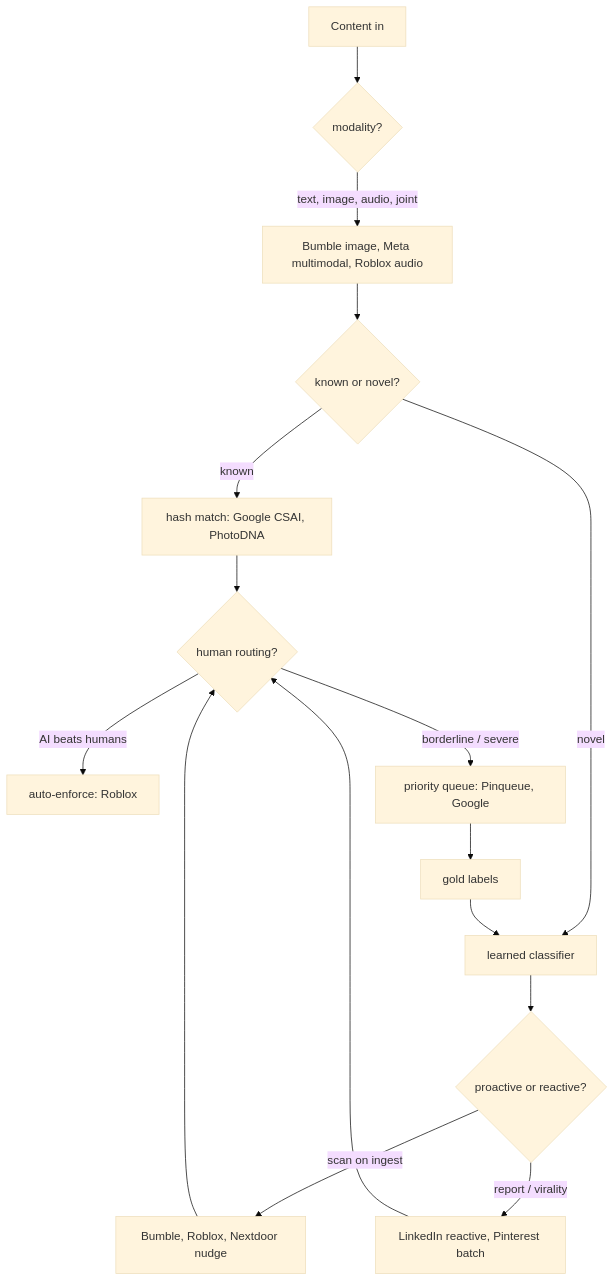
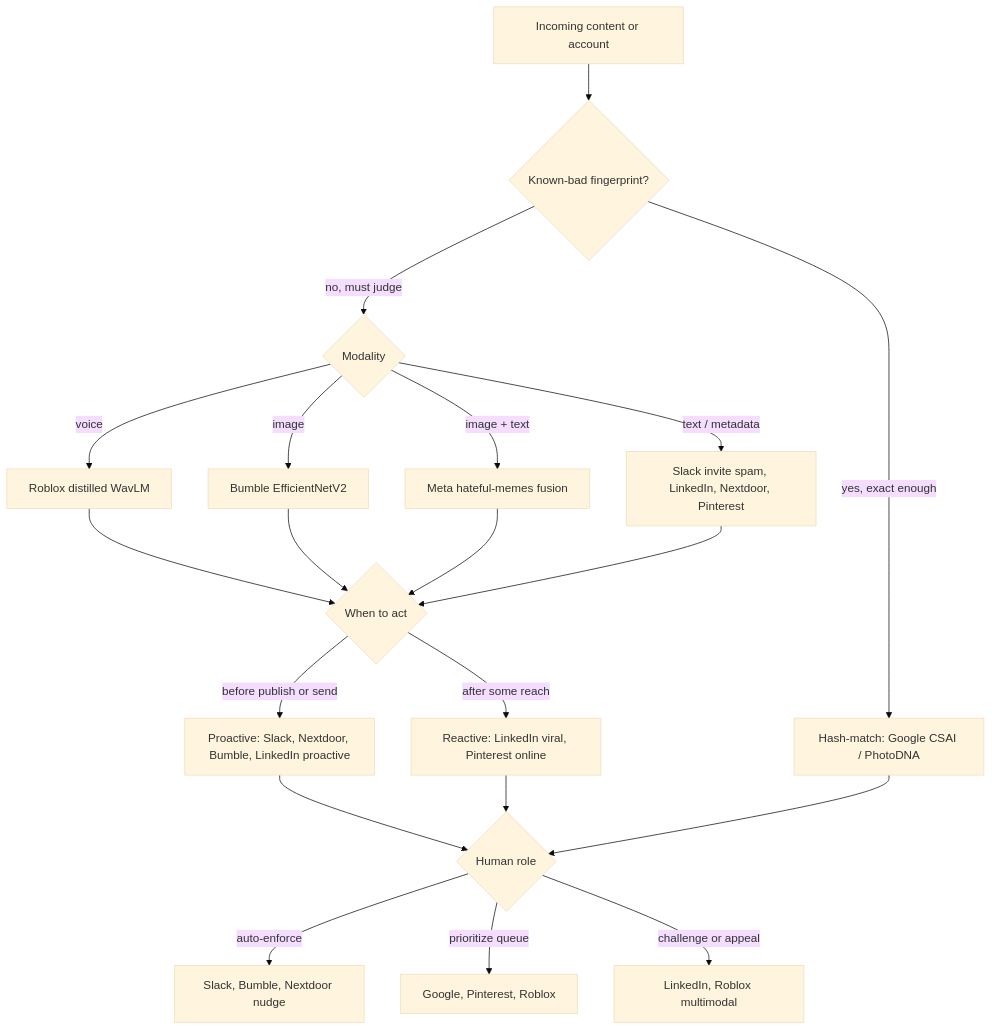
Before and after one commit to neurarch-ai/awesome-ml-system-design: diagram 13 of 36 in CASE-STUDIES.md, drawn with Mermaid (base theme). The commit also changed other lines of this file and 1 other file, not shown here.

First line of the commit message:
Refresh comparative diagrams + teardowns for the newly added cases

````diff
--- a/CASE-STUDIES.md
+++ b/CASE-STUDIES.md
@@ -532,17 +558,22 @@
 ```mermaid
 flowchart TD
-    A[Content in] --> B{modality?}
-    B -->|text, image, audio, joint| C[Bumble image, Meta multimodal, Roblox audio]
-    C --> D{known or novel?}
-    D -->|known| E[hash match: Google CSAI, PhotoDNA]
-    D -->|novel| F[learned classifier]
-    F --> G{proactive or reactive?}
-    G -->|scan on ingest| H[Bumble, Roblox, Nextdoor nudge]
-    G -->|report / virality| I[LinkedIn reactive, Pinterest batch]
-    E --> J{human routing?}
-    H --> J
-    I --> J
-    J -->|AI beats humans| K[auto-enforce: Roblox]
-    J -->|borderline / severe| L[priority queue: Pinqueue, Google]
-    L --> M[gold labels] --> F
+    A[Incoming content or account] --> B{Known-bad fingerprint?}
+    B -->|yes, exact enough| C[Hash-match: Google CSAI / PhotoDNA]
+    B -->|no, must judge| D{Modality}
+    D -->|voice| E[Roblox distilled WavLM]
+    D -->|image| F[Bumble EfficientNetV2]
+    D -->|image + text| G[Meta hateful-memes fusion]
+    D -->|text / metadata| H[Slack invite spam, LinkedIn, Nextdoor, Pinterest]
+    E --> I{When to act}
+    F --> I
+    G --> I
+    H --> I
+    I -->|before publish or send| J[Proactive: Slack, Nextdoor, Bumble, LinkedIn proactive]
+    I -->|after some reach| K[Reactive: LinkedIn viral, Pinterest online]
+    J --> L{Human role}
+    K --> L
+    C --> L
+    L -->|auto-enforce| M[Slack, Bumble, Nextdoor nudge]
+    L -->|prioritize queue| N[Google, Pinterest, Roblox]
+    L -->|challenge or appeal| O[LinkedIn, Roblox multimodal]
 ```
````
